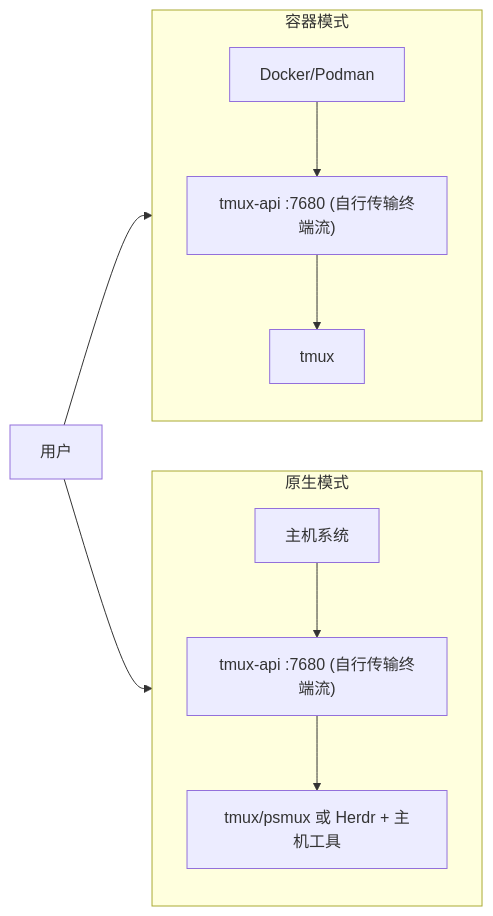
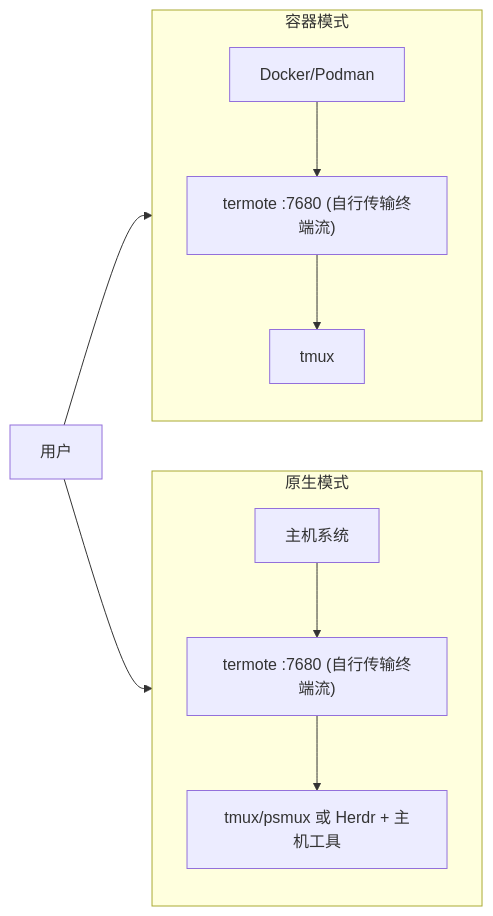
The second of 2 diagrams in README.zh-CN.md (lamngockhuong/termote), drawn with Mermaid before and after one commit. The commit also changed other lines of this file and 107 other files, not shown here.

First line of the commit message:
refactor!: rename tmux-api to server and its binary to termote (#215)

````diff
--- a/README.zh-CN.md
+++ b/README.zh-CN.md
@@ -224,14 +224,14 @@
 ```mermaid
 flowchart LR
     subgraph Container["容器模式"]
         direction TB
-        C1["Docker/Podman"] --> C2["tmux-api :7680 (自行传输终端流)"] --> C3["tmux"]
+        C1["Docker/Podman"] --> C2["termote :7680 (自行传输终端流)"] --> C3["tmux"]
     end
 
     subgraph Native["原生模式"]
         direction TB
-        N1["主机系统"] --> N2["tmux-api :7680 (自行传输终端流)"] --> N3["tmux/psmux 或 Herdr + 主机工具"]
+        N1["主机系统"] --> N2["termote :7680 (自行传输终端流)"] --> N3["tmux/psmux 或 Herdr + 主机工具"]
     end
 
     User["用户"] --> Container & Native
 ```
````
